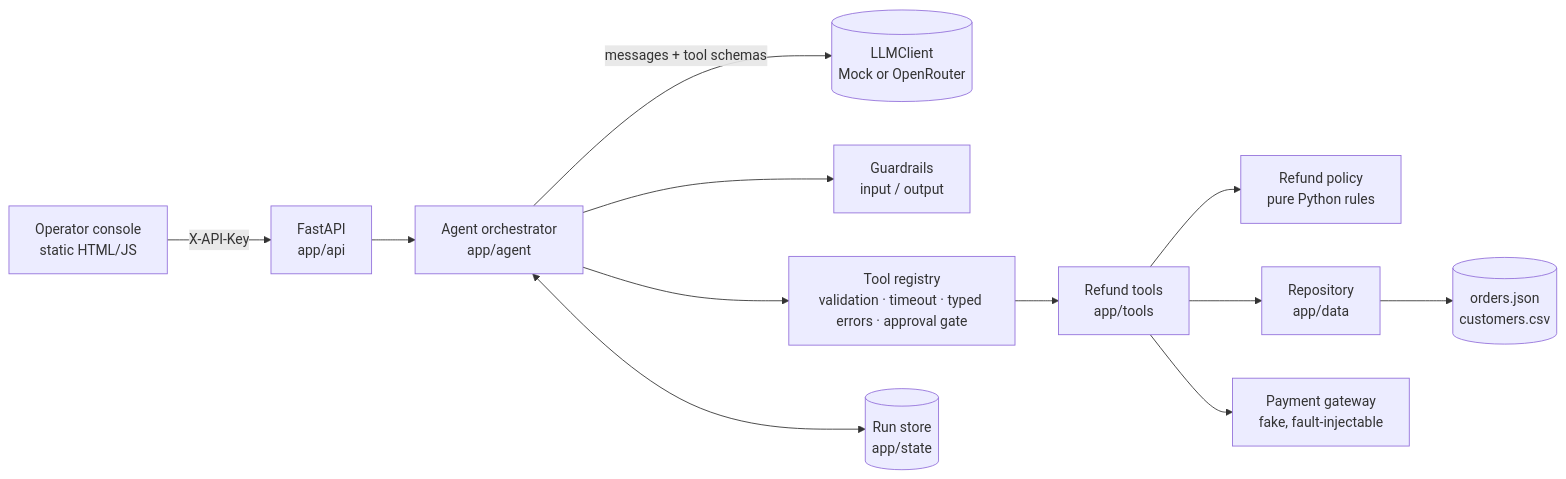
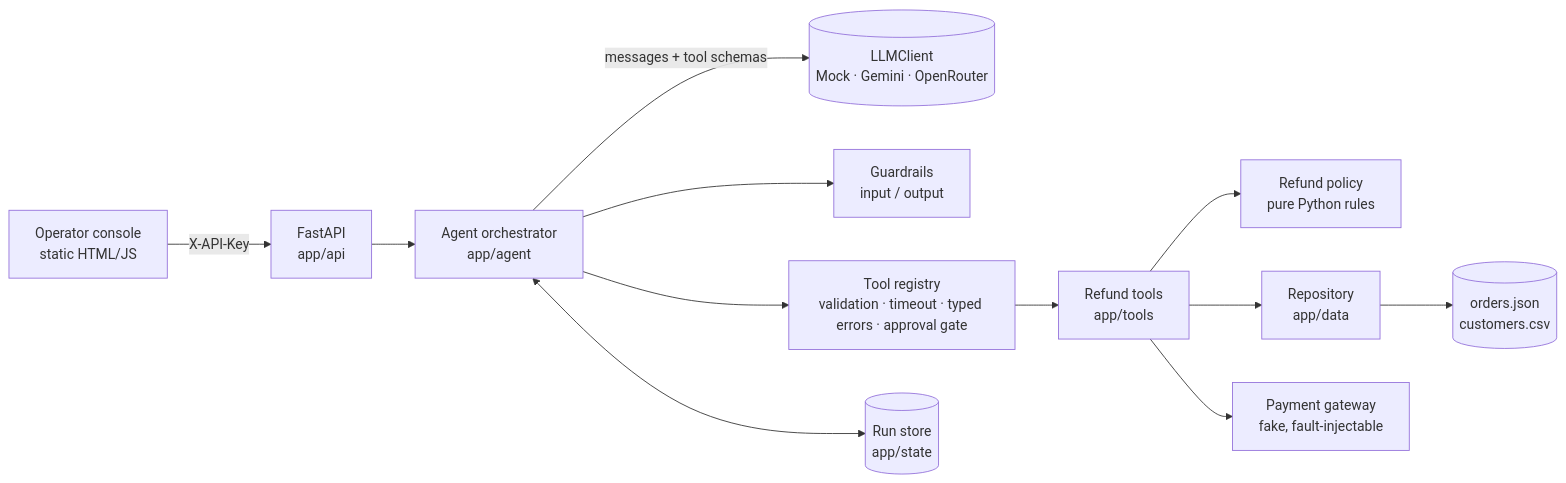
Before and after one commit to HassanKhan610/refund-agent-ai-workflow: the diagram in README.md, drawn with Mermaid. The commit also changed other lines of this file and 7 other files, not shown here.

First line of the commit message:
feat(llm): support Google Gemini via OpenAI-compatible API; honour Retry-After on 429s

````diff
--- a/README.md
+++ b/README.md
@@ -61,14 +64,14 @@
 ```mermaid
 flowchart LR
   UI[Operator console<br/>static HTML/JS] -->|X-API-Key| API[FastAPI<br/>app/api]
   API --> AG[Agent orchestrator<br/>app/agent]
-  AG -->|messages + tool schemas| LLM[(LLMClient<br/>Mock or OpenRouter)]
+  AG -->|messages + tool schemas| LLM[(LLMClient<br/>Mock · Gemini · OpenRouter)]
   AG --> GR[Guardrails<br/>input / output]
   AG --> REG[Tool registry<br/>validation · timeout · typed errors · approval gate]
   REG --> T[Refund tools<br/>app/tools]
   T --> POL[Refund policy<br/>pure Python rules]
   T --> REPO[Repository<br/>app/data]
   T --> PG[Payment gateway<br/>fake, fault-injectable]
   REPO --> SRC[(orders.json<br/>customers.csv)]
   AG <--> ST[(Run store<br/>app/state)]
 ```
````
